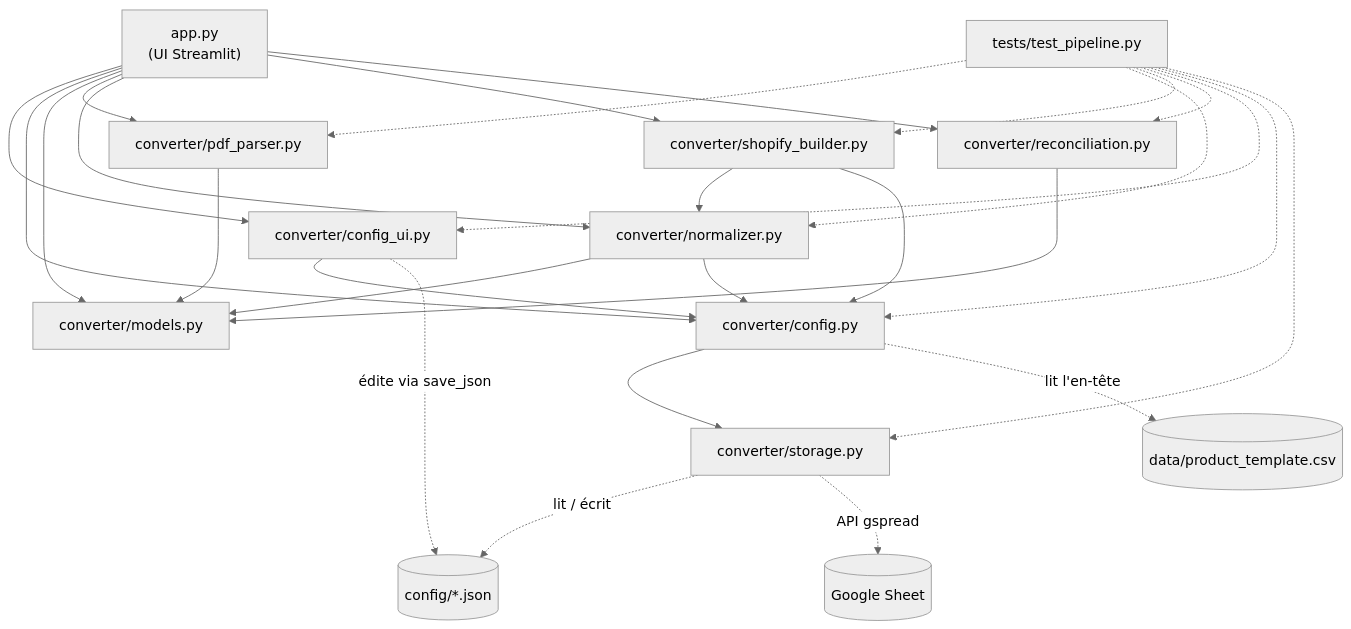
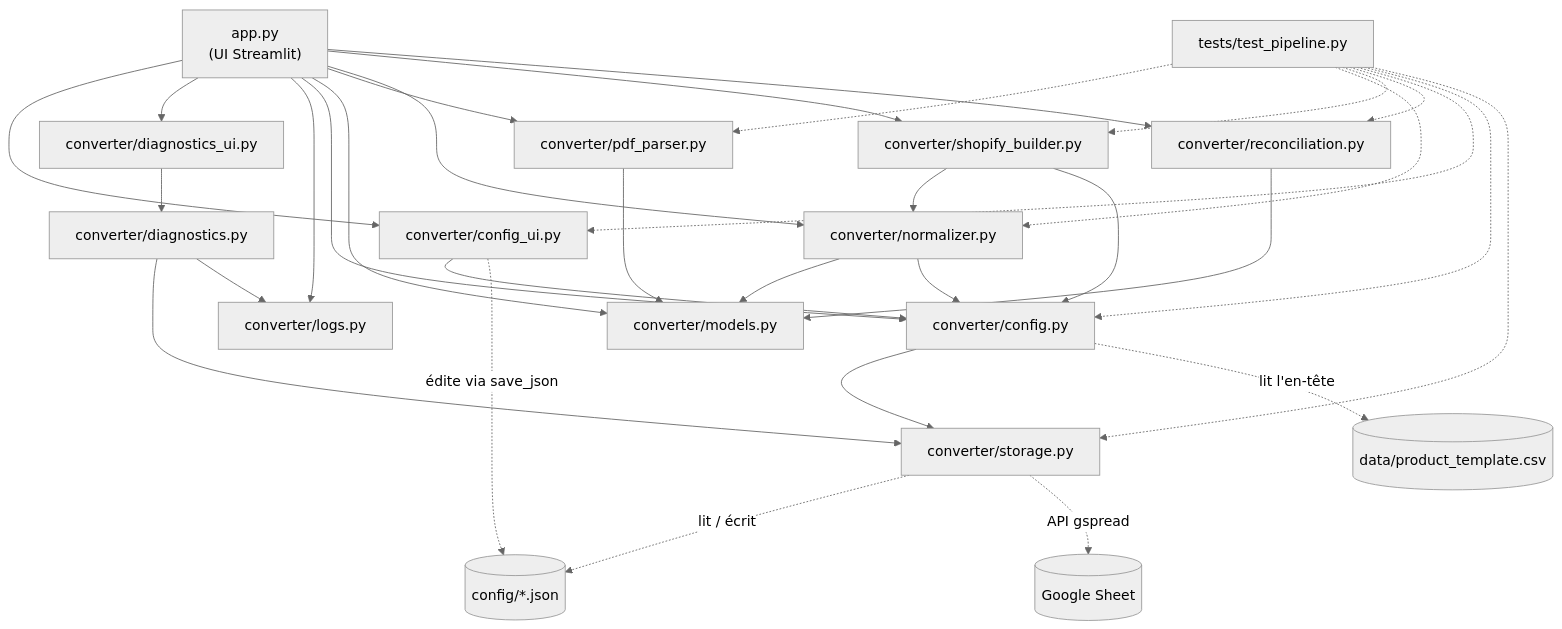
Before and after one commit to croseEffysense-ui/WSSS: the diagram in shopify-invoice-converter/DOCUMENTATION.md, drawn with Mermaid (neutral theme). The commit also changed other lines of this file and 7 other files, not shown here.

````diff
--- a/shopify-invoice-converter/DOCUMENTATION.md
+++ b/shopify-invoice-converter/DOCUMENTATION.md
@@ -165,46 +177,51 @@
 ```mermaid
 graph TD
     APP["app.py<br/>(UI Streamlit)"]
     CUI["converter/config_ui.py"]
     CFG["converter/config.py"]
     MOD["converter/models.py"]
     PARS["converter/pdf_parser.py"]
     NORM["converter/normalizer.py"]
     BUILD["converter/shopify_builder.py"]
     REC["converter/reconciliation.py"]
     STORE["converter/storage.py"]
     JSON[("config/*.json")]
     GS[("Google Sheet")]
     TPL[("data/product_template.csv")]
     TESTS["tests/test_pipeline.py"]
 
     APP --> CUI
+    APP --> DIAGUI["converter/diagnostics_ui.py"]
+    DIAGUI --> DIAG["converter/diagnostics.py"]
+    DIAG --> STORE
+    DIAG --> LOGS["converter/logs.py"]
+    APP --> LOGS
     APP --> CFG
     APP --> MOD
     APP --> PARS
     APP --> NORM
     APP --> BUILD
     APP --> REC
 
     CUI --> CFG
     PARS --> MOD
     NORM --> MOD
     NORM --> CFG
     BUILD --> NORM
     BUILD --> CFG
     REC --> MOD
 
     CFG --> STORE
     STORE -. lit / écrit .-> JSON
     STORE -. API gspread .-> GS
     CFG -. lit l'en-tête .-> TPL
     CUI -. édite via save_json .-> JSON
 
     TESTS -.-> PARS
     TESTS -.-> NORM
     TESTS -.-> BUILD
     TESTS -.-> REC
     TESTS -.-> CUI
     TESTS -.-> CFG
     TESTS -.-> STORE
 ```
````
